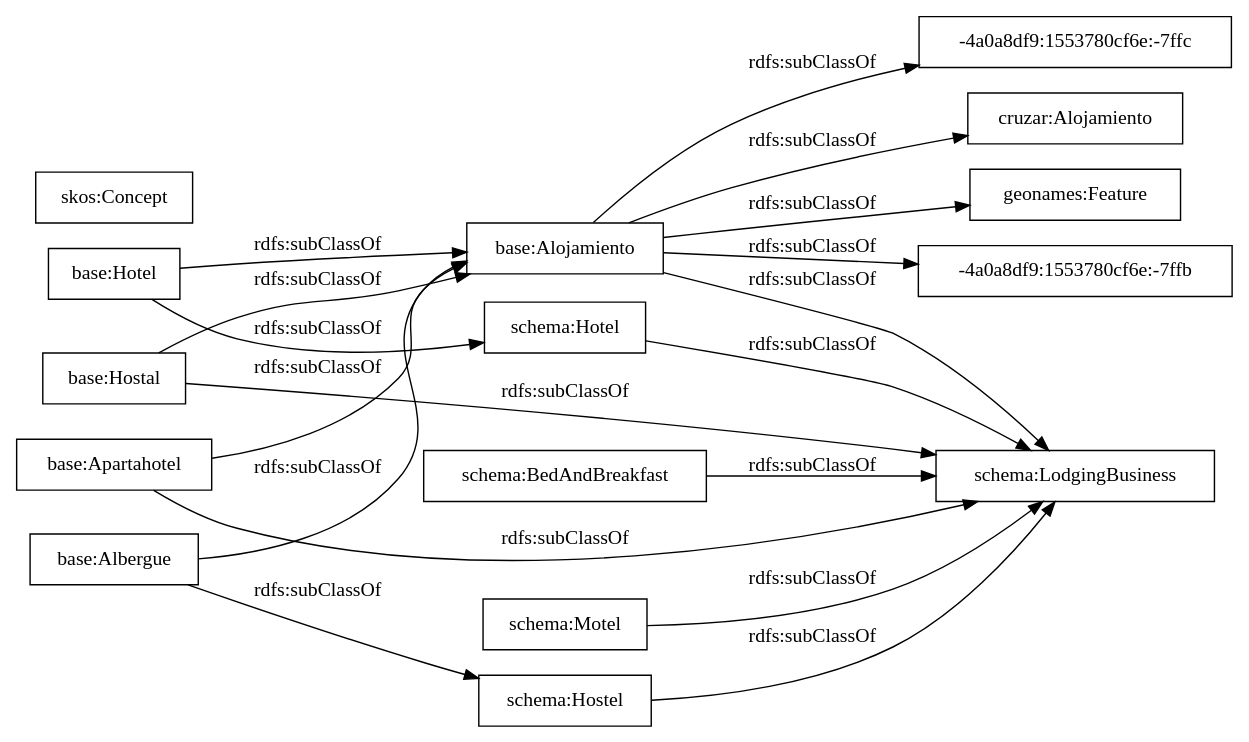
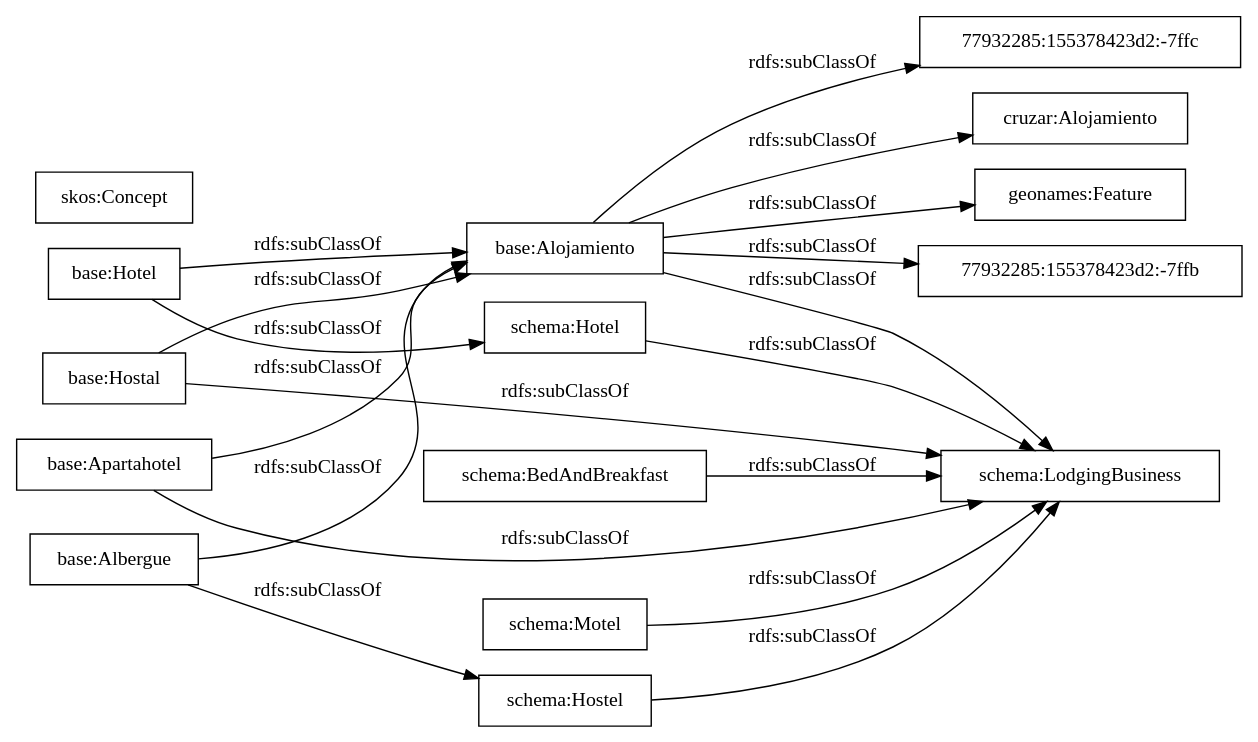
Before and after one commit to ahmad88me/demo: the diagram in OnToology/alo.owl/diagrams/ar2dtool-taxonomy/alo.owl.png.dot, drawn with Graphviz. The commit also changed 25 other files, not shown here.

```diff
--- a/OnToology/alo.owl/diagrams/ar2dtool-taxonomy/alo.owl.png.dot
+++ b/OnToology/alo.owl/diagrams/ar2dtool-taxonomy/alo.owl.png.dot
@@ -1,23 +1,23 @@
 digraph ar2dtool_diagram { 
 rankdir=LR;
 size="1000"
-node [shape = rectangle, color="black"]; "base:Hotel" "schema:Hostel" "base:Hostal" "cruzar:Alojamiento" "base:Alojamiento" "schema:BedAndBreakfast" "geonames:Feature" "base:Apartahotel" "schema:Motel" "schema:LodgingBusiness" "skos:Concept" "schema:Hotel" "base:Albergue" "-4a0a8df9:1553780cf6e:-7ffb" "-4a0a8df9:1553780cf6e:-7ffc" ; /*classes style*/
+node [shape = rectangle, color="black"]; "base:Hotel" "schema:Hostel" "base:Hostal" "cruzar:Alojamiento" "base:Alojamiento" "schema:BedAndBreakfast" "geonames:Feature" "base:Apartahotel" "schema:Motel" "schema:LodgingBusiness" "skos:Concept" "schema:Hotel" "base:Albergue" "77932285:155378423d2:-7ffb" "77932285:155378423d2:-7ffc" ; /*classes style*/
 	"base:Alojamiento" -> "cruzar:Alojamiento" [ label = "rdfs:subClassOf" ];
-	"base:Alojamiento" -> "-4a0a8df9:1553780cf6e:-7ffb" [ label = "rdfs:subClassOf" ];
 	"base:Alojamiento" -> "geonames:Feature" [ label = "rdfs:subClassOf" ];
+	"base:Alojamiento" -> "77932285:155378423d2:-7ffc" [ label = "rdfs:subClassOf" ];
 	"base:Alojamiento" -> "schema:LodgingBusiness" [ label = "rdfs:subClassOf" ];
-	"base:Alojamiento" -> "-4a0a8df9:1553780cf6e:-7ffc" [ label = "rdfs:subClassOf" ];
+	"base:Alojamiento" -> "77932285:155378423d2:-7ffb" [ label = "rdfs:subClassOf" ];
 	"schema:BedAndBreakfast" -> "schema:LodgingBusiness" [ label = "rdfs:subClassOf" ];
 	"base:Albergue" -> "base:Alojamiento" [ label = "rdfs:subClassOf" ];
 	"base:Albergue" -> "schema:Hostel" [ label = "rdfs:subClassOf" ];
 	"base:Hostal" -> "base:Alojamiento" [ label = "rdfs:subClassOf" ];
 	"base:Hostal" -> "schema:LodgingBusiness" [ label = "rdfs:subClassOf" ];
 	"schema:Hotel" -> "schema:LodgingBusiness" [ label = "rdfs:subClassOf" ];
 	"base:Hotel" -> "base:Alojamiento" [ label = "rdfs:subClassOf" ];
 	"base:Hotel" -> "schema:Hotel" [ label = "rdfs:subClassOf" ];
 	"schema:Motel" -> "schema:LodgingBusiness" [ label = "rdfs:subClassOf" ];
 	"schema:Hostel" -> "schema:LodgingBusiness" [ label = "rdfs:subClassOf" ];
 	"base:Apartahotel" -> "base:Alojamiento" [ label = "rdfs:subClassOf" ];
 	"base:Apartahotel" -> "schema:LodgingBusiness" [ label = "rdfs:subClassOf" ];
 
 }
```
